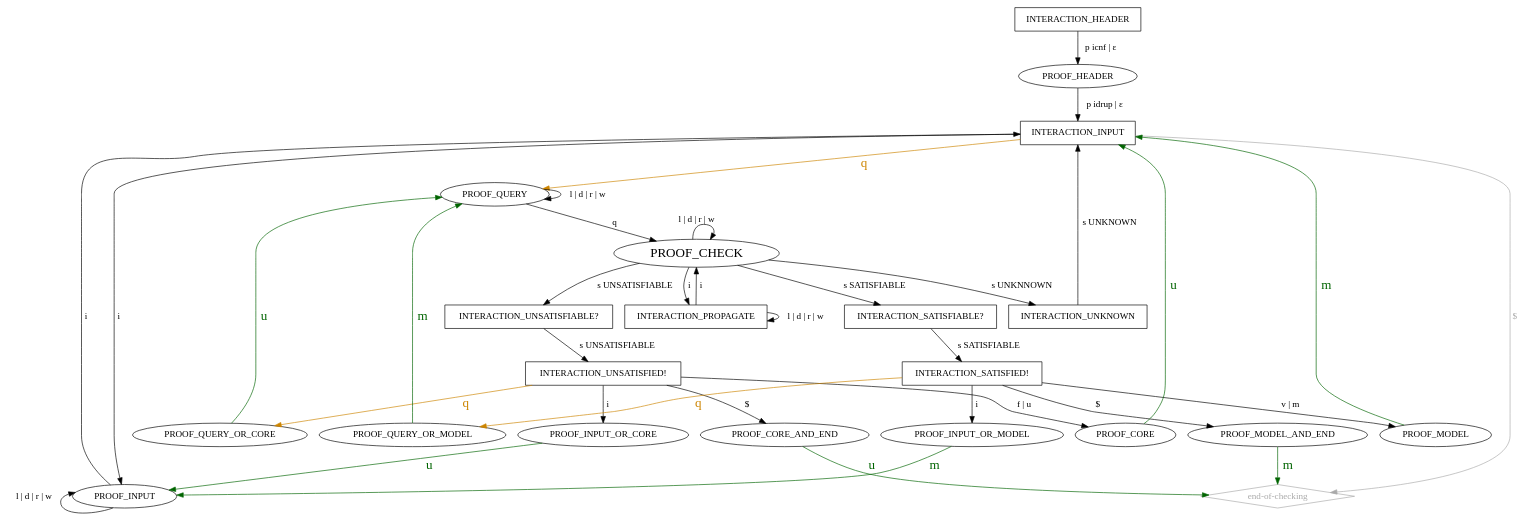
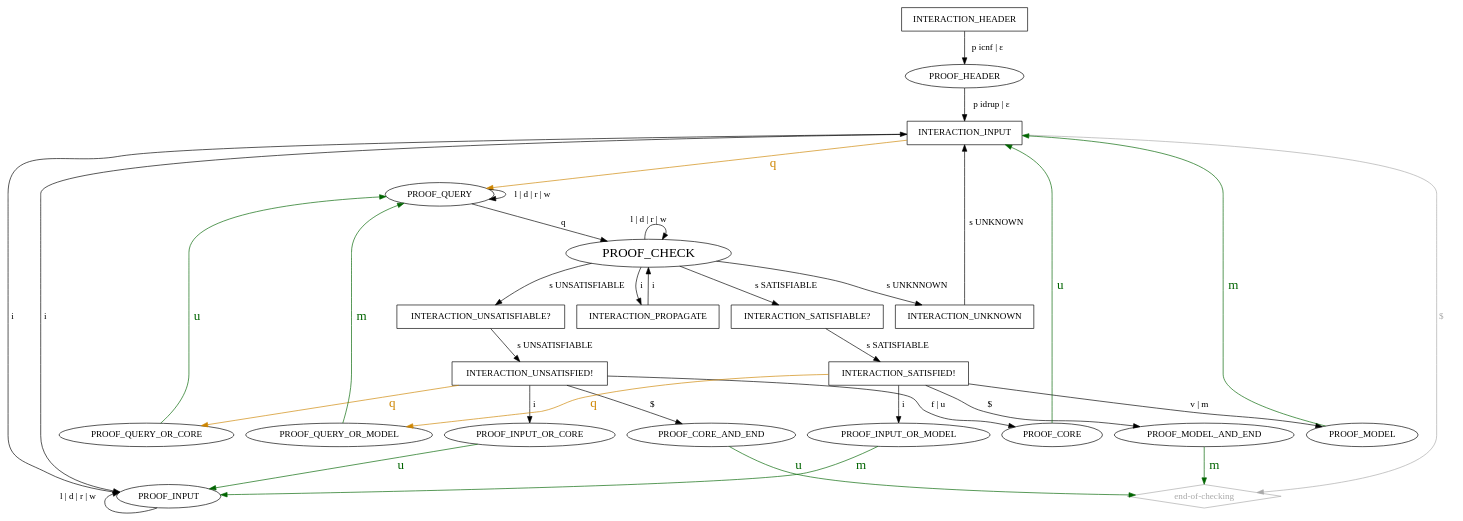
The diagram in lidrup-check-strict.dot (arminbiere/lidrup-check), drawn with Graphviz before and after one commit. The commit also changed 14 other files, not shown here.

```diff
--- a/lidrup-check-strict.dot
+++ b/lidrup-check-strict.dot
@@ -1,67 +1,64 @@
 digraph "idrup-check" {
 
   INTERACTION_HEADER [shape=box];
   INTERACTION_HEADER -> PROOF_HEADER [label=" p icnf | ε "];
   PROOF_HEADER -> INTERACTION_INPUT [label=" p idrup | ε "];
 
   "end-of-checking" [shape=diamond,color=darkgray,fontcolor=darkgray];
   "end-of-checking" -> INTERACTION_INPUT [label="$    ",dir=back,color=darkgray,fontcolor=darkgray];
 
   INTERACTION_INPUT [shape=box];
   INTERACTION_INPUT -> PROOF_INPUT [label=" i "];
   INTERACTION_INPUT -> PROOF_QUERY [label=" q ",color=orange3,fontsize=20,fontcolor=orange3];
 
   PROOF_INPUT -> INTERACTION_INPUT [label=" i "];
   PROOF_INPUT:sw -> PROOF_INPUT [label=" l | d | r | w "];
 
   PROOF_QUERY -> PROOF_CHECK [label=" q "];
   PROOF_QUERY -> PROOF_QUERY [label=" l | d | r | w "];
 
   PROOF_CHECK [fontsize=20];
   PROOF_CHECK:ne -> PROOF_CHECK:_ [label=" l | d | r | w ",dir=back];
-
   PROOF_CHECK -> INTERACTION_PROPAGATE [label=" i "];
+  PROOF_CHECK -> INTERACTION_SATISFIABLE [label=" s SATISFIABLE "];
+  PROOF_CHECK -> INTERACTION_UNSATISFIABLE [label=" s UNSATISFIABLE "];
+  PROOF_CHECK -> INTERACTION_UNKNOWN [label=" s UNKNNOWN "];
 
   INTERACTION_PROPAGATE [shape=box];
   INTERACTION_PROPAGATE -> PROOF_CHECK [label=" i "];
-  INTERACTION_PROPAGATE -> INTERACTION_PROPAGATE [label=" l | d | r | w "];
-
-  PROOF_CHECK -> INTERACTION_SATISFIABLE [label=" s SATISFIABLE "];
-  PROOF_CHECK -> INTERACTION_UNSATISFIABLE [label=" s UNSATISFIABLE "];
-  PROOF_CHECK -> INTERACTION_UNKNOWN [label=" s UNKNNOWN "];
 
   INTERACTION_UNSATISFIABLE [shape="box",label="INTERACTION_UNSATISFIABLE?"];
   INTERACTION_UNSATISFIABLE -> INTERACTION_UNSATISFIED [label=" s UNSATISFIABLE "];
 
   INTERACTION_SATISFIABLE [shape="box",label="INTERACTION_SATISFIABLE?"];
   INTERACTION_SATISFIABLE -> INTERACTION_SATISFIED [label=" s SATISFIABLE "];
 
   PROOF_QUERY_OR_MODEL -> PROOF_QUERY [label=" m ",color=darkgreen,fontcolor=darkgreen,fontsize=20];
 
   INTERACTION_SATISFIED [shape=box,label="INTERACTION_SATISFIED!"];
   INTERACTION_SATISFIED -> PROOF_MODEL [label=" v | m "];
   INTERACTION_SATISFIED -> PROOF_INPUT_OR_MODEL [label=" i "];
   INTERACTION_SATISFIED -> PROOF_QUERY_OR_MODEL [label=" q ", color=orange3,fontsize=20,fontcolor=orange3];
   INTERACTION_SATISFIED -> PROOF_MODEL_AND_END [label=" $ "];
 
   INTERACTION_UNSATISFIED [shape=box,label="INTERACTION_UNSATISFIED!"];
   INTERACTION_UNSATISFIED -> PROOF_CORE [label=" f | u "];
   INTERACTION_UNSATISFIED -> PROOF_INPUT_OR_CORE [label=" i "];
   INTERACTION_UNSATISFIED -> PROOF_QUERY_OR_CORE [label=" q ",color=orange3,fontsize=20,fontcolor=orange3];
   INTERACTION_UNSATISFIED -> PROOF_CORE_AND_END [label=" $ "];
 
   INTERACTION_UNKNOWN [shape=box];
   INTERACTION_UNKNOWN -> INTERACTION_INPUT [label="s UNKNOWN"];
 
   PROOF_MODEL_AND_END -> "end-of-checking" [label=" m ",color=darkgreen,fontsize=20,fontcolor=darkgreen];
   PROOF_CORE_AND_END -> "end-of-checking" [label=" u ",color=darkgreen,fontsize=20,fontcolor=darkgreen];
 
   PROOF_MODEL -> INTERACTION_INPUT [label=" m ",color=darkgreen,fontsize=20,fontcolor=darkgreen];
   PROOF_CORE -> INTERACTION_INPUT [label=" u ",color=darkgreen,fontsize=20,fontcolor=darkgreen];
 
   PROOF_INPUT_OR_MODEL -> PROOF_INPUT [label=" m ", color=darkgreen,fontcolor=darkgreen,fontsize=20];
 
   PROOF_QUERY_OR_CORE -> PROOF_QUERY [label=" u ",color=darkgreen,fontcolor=darkgreen,fontsize=20];
 
   PROOF_INPUT_OR_CORE -> PROOF_INPUT [label=" u ",color=darkgreen,fontcolor=darkgreen,fontsize=20];
 }
```
